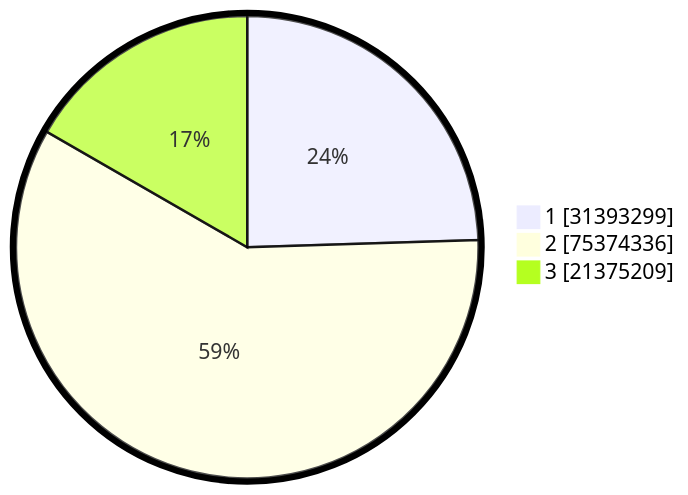
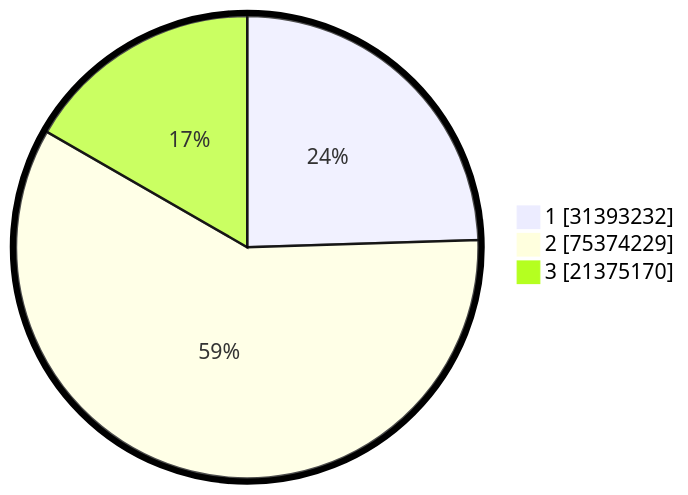
One commit to gigit-pemilu/pemilu-2024 changed the second of 2 diagrams in pilpres/hitung-suara/README.md. Above: the diagram before and after it, drawn with Mermaid. The commit also changed other lines of this file and 4 other files, not shown here.

````diff
--- a/pilpres/hitung-suara/README.md
+++ b/pilpres/hitung-suara/README.md
@@ -93,7 +93,7 @@
 ```mermaid
 %%{init: {"pie": {"textPosition": 0.5}, "themeVariables": {"pieOuterStrokeWidth": "5px"}} }%%
 pie showData
-    "1" : 31393299
-    "2" : 75374336
-    "3" : 21375209
+    "1" : 31393232
+    "2" : 75374229
+    "3" : 21375170
 ```
````
